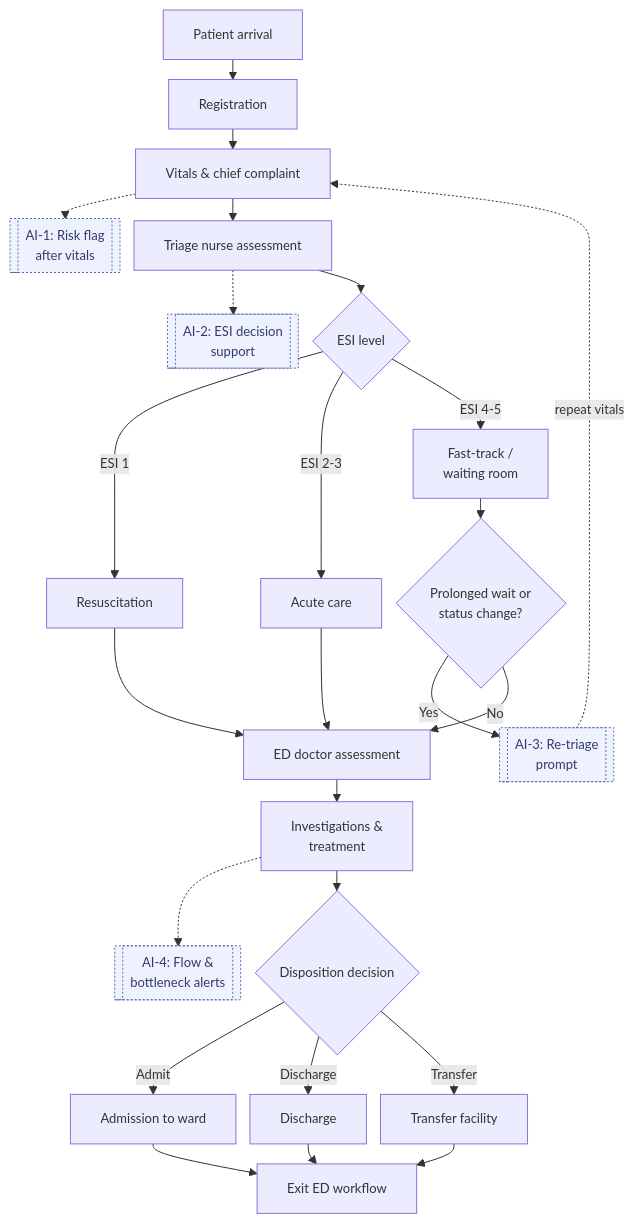
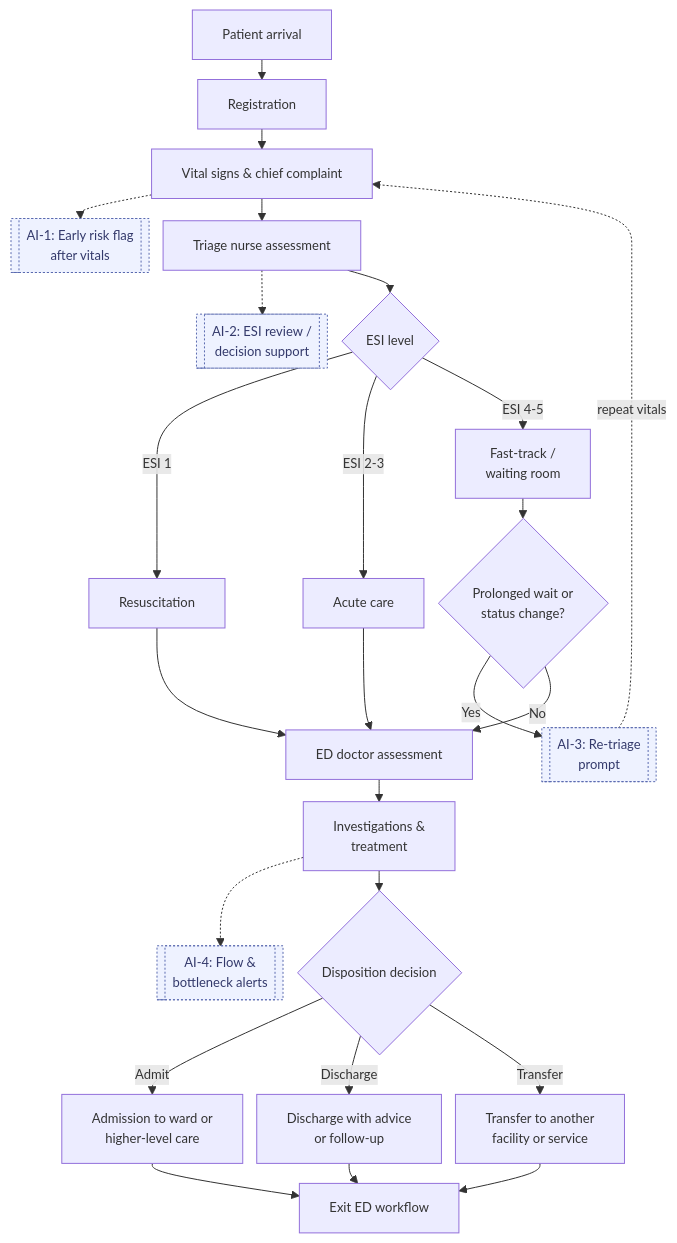
One commit to Kari-2005/carisurg-portfolio changed the diagram in docs/Week3/Final_Week3workflow.md. Above: the diagram before and after it, drawn with Mermaid.

````diff
--- a/docs/Week3/Final_Week3workflow.md
+++ b/docs/Week3/Final_Week3workflow.md
@@ -1,34 +1,40 @@
 ```mermaid
 %%{init: {'flowchart': {'nodeSpacing': 14, 'rankSpacing': 20, 'curve': 'basis'}, 'themeVariables': {'fontSize': '13px'}}}%%
 flowchart TD
     A[Patient arrival] --> B[Registration]
-    B --> C[Vitals & chief complaint]
-    C -.-> P1[["AI-1: Risk flag<br/>after vitals"]]
+    B --> C[Vital signs & chief complaint]
+
+    C -.-> P1[["AI-1: Early risk flag<br/>after vitals"]]
     C --> D[Triage nurse assessment]
-    D -.-> P2[["AI-2: ESI decision<br/>support"]]
+
+    D -.-> P2[["AI-2: ESI review /<br/>decision support"]]
     D --> E{ESI level}
 
     E -->|ESI 1| F[Resuscitation]
     E -->|ESI 2-3| G[Acute care]
     E -->|ESI 4-5| H[Fast-track /<br/>waiting room]
+
     H --> I{Prolonged wait or<br/>status change?}
     I -->|Yes| P3[["AI-3: Re-triage<br/>prompt"]]
     I -->|No| J[ED doctor assessment]
+
     F --> J
     G --> J
 
     J --> K[Investigations &<br/>treatment]
     K -.-> P4[["AI-4: Flow &<br/>bottleneck alerts"]]
     K --> L{Disposition decision}
-    L -->|Admit| M[Admission to ward]
-    L -->|Discharge| N[Discharge]
-    L -->|Transfer| O[Transfer facility]
+
+    L -->|Admit| M[Admission to ward or<br/>higher-level care]
+    L -->|Discharge| N[Discharge with advice<br/>or follow-up]
+    L -->|Transfer| O[Transfer to another<br/>facility or service]
+
     M --> Q[Exit ED workflow]
     N --> Q
     O --> Q
 
     P3 -.->|repeat vitals| C
 
     classDef ai fill:#eef2ff,stroke:#5b6bb0,stroke-dasharray: 2 2,color:#33396b;
     class P1,P2,P3,P4 ai;
 ```
````
